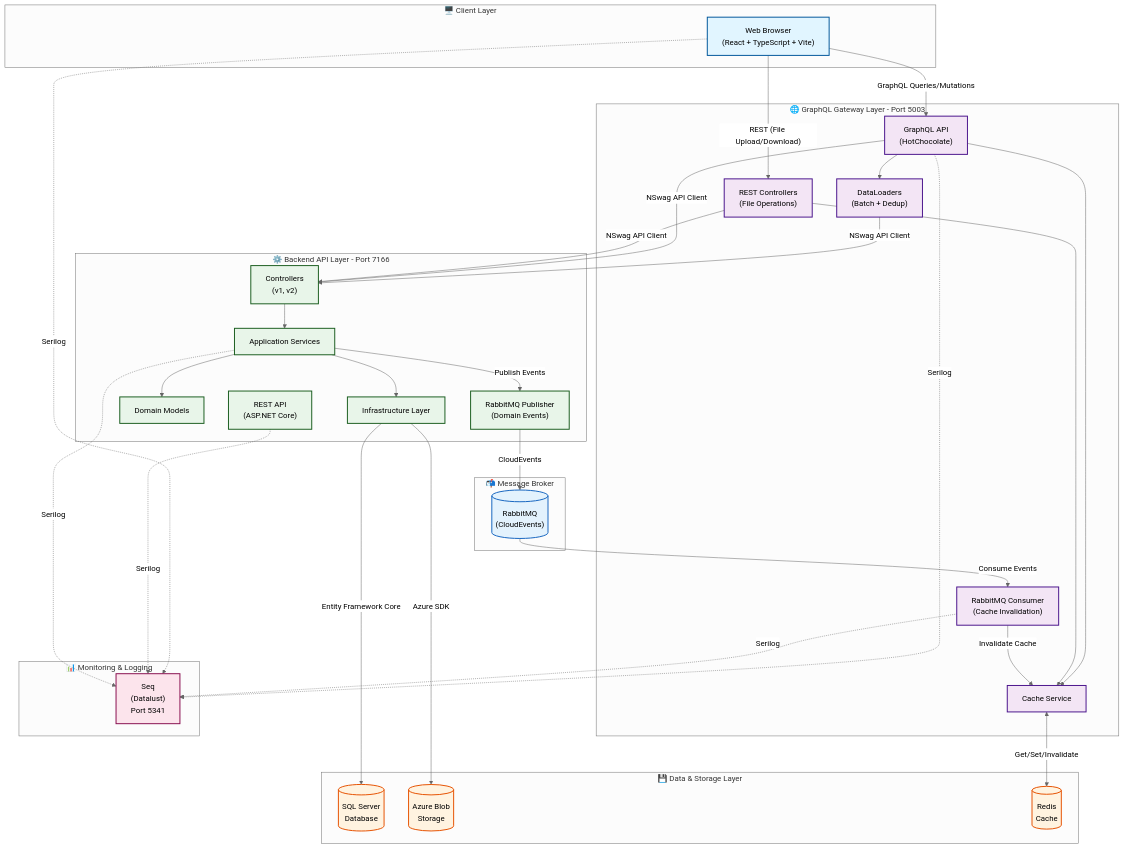
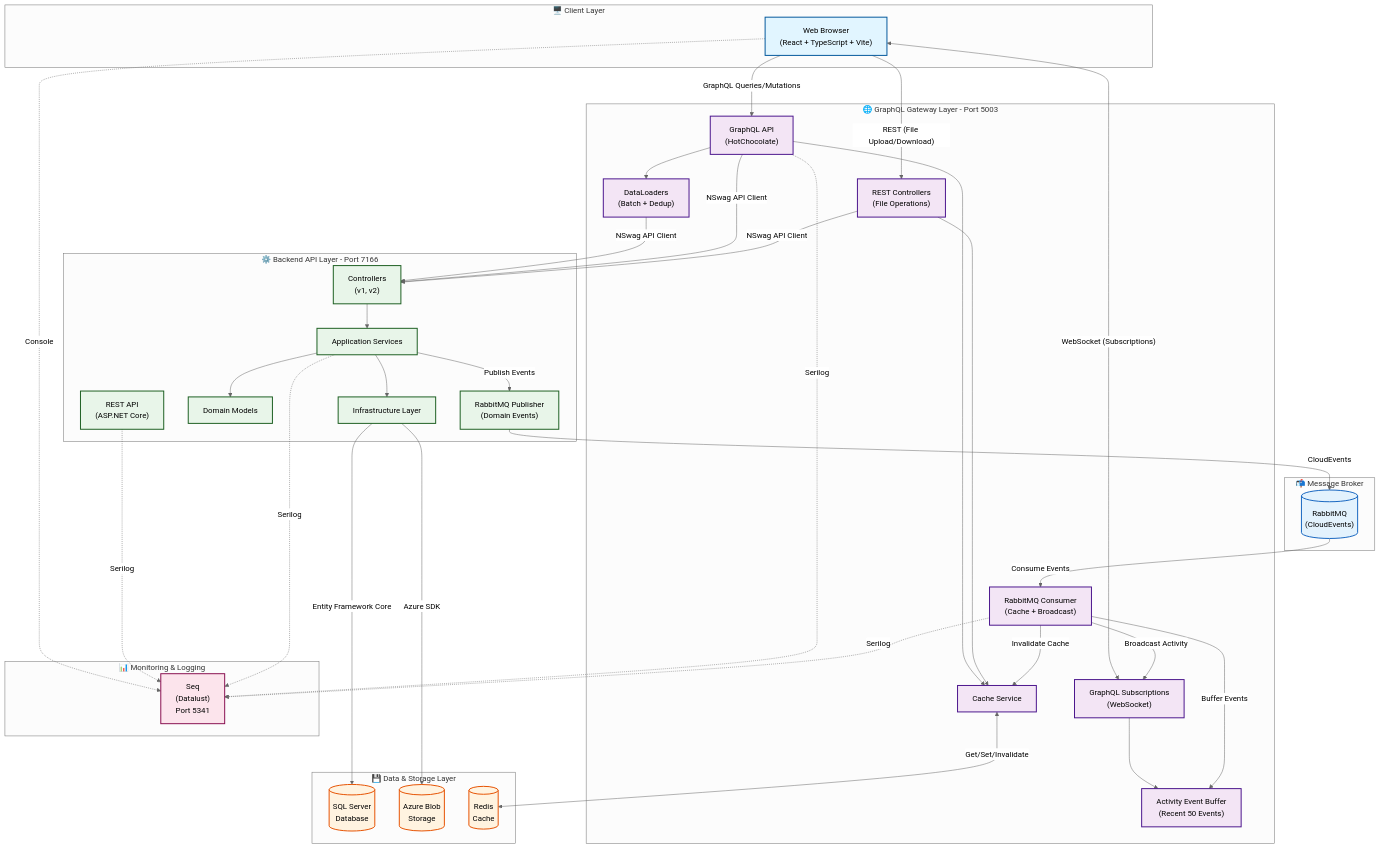
Before and after one commit to joealfa/ems-v2: the diagram in README.md, drawn with Mermaid. The commit also changed other lines of this file and 37 other files, not shown here.

First line of the commit message:
feat: Add GraphQL subscriptions for real-time activity updates

```diff
--- a/README.md
+++ b/README.md
@@ -205,10 +213,12 @@
 
     subgraph Gateway["🌐 GraphQL Gateway Layer - Port 5003"]
         GQL["GraphQL API<br/>(HotChocolate)"]
+        Subscriptions["GraphQL Subscriptions<br/>(WebSocket)"]
         DataLoaders["DataLoaders<br/>(Batch + Dedup)"]
         RestProxy["REST Controllers<br/>(File Operations)"]
         CacheService["Cache Service"]
-        RabbitConsumer["RabbitMQ Consumer<br/>(Cache Invalidation)"]
+        EventBuffer["Activity Event Buffer<br/>(Recent 50 Events)"]
+        RabbitConsumer["RabbitMQ Consumer<br/>(Cache + Broadcast)"]
     end
 
     subgraph Backend["⚙️ Backend API Layer - Port 7166"]
@@ -236,12 +246,14 @@
 
     %% Client interactions
     Browser -->|"GraphQL Queries/Mutations"| GQL
+    Browser <-->|"WebSocket (Subscriptions)"| Subscriptions
     Browser -->|"REST (File Upload/Download)"| RestProxy
 
     %% Gateway internal flow
     GQL --> DataLoaders
     GQL --> CacheService
     RestProxy --> CacheService
+    Subscriptions --> EventBuffer
     
     %% Gateway to Backend
     DataLoaders -->|"NSwag API Client"| Controllers
@@ -260,14 +272,16 @@
     Infrastructure -->|"Entity Framework Core"| SQL
     Infrastructure -->|"Azure SDK"| Blob
 
-    %% Event publishing
+    %% Event publishing and subscription flow
     Services -->|"Publish Events"| RabbitPublisher
     RabbitPublisher -->|"CloudEvents"| RabbitMQ
     RabbitMQ -->|"Consume Events"| RabbitConsumer
     RabbitConsumer -->|"Invalidate Cache"| CacheService
+    RabbitConsumer -->|"Broadcast Activity"| Subscriptions
+    RabbitConsumer -->|"Buffer Events"| EventBuffer
 
     %% Logging
-    Browser -.->|"Serilog"| Seq
+    Browser -.->|"Console"| Seq
     GQL -.->|"Serilog"| Seq
     API -.->|"Serilog"| Seq
     Services -.->|"Serilog"| Seq
@@ -282,7 +296,7 @@
     classDef monitorStyle fill:#fce4ec,stroke:#880e4f,stroke-width:2px
 
     class Browser clientStyle
-    class GQL,DataLoaders,RestProxy,CacheService,RabbitConsumer gatewayStyle
+    class GQL,Subscriptions,DataLoaders,RestProxy,CacheService,EventBuffer,RabbitConsumer gatewayStyle
     class API,Controllers,Services,Domain,Infrastructure,RabbitPublisher backendStyle
     class SQL,Blob,Redis dataStyle
     class RabbitMQ messagingStyle
```
